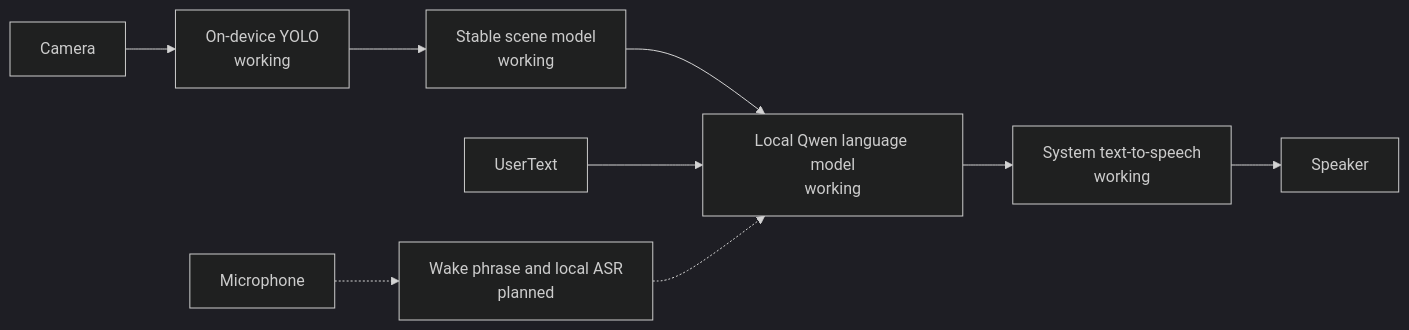
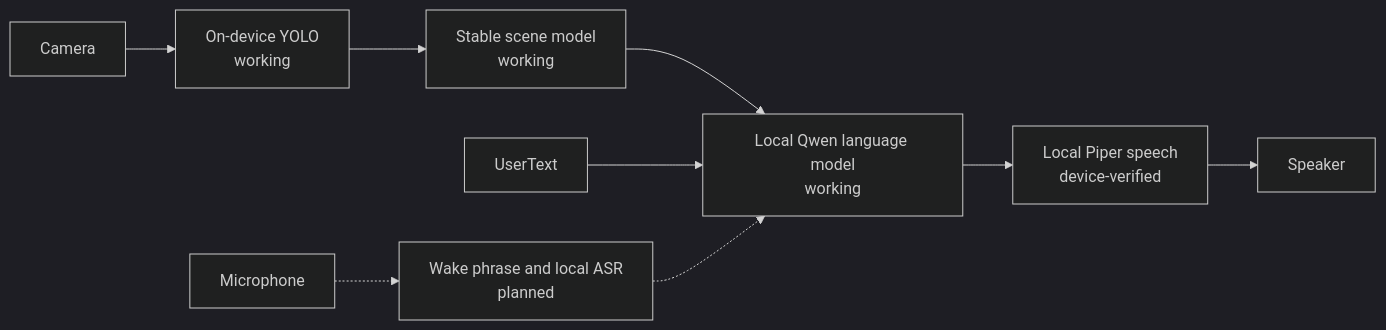
One commit to ChabanovX/pov-agent changed the diagram in README.md. Above: the diagram before and after it, drawn with Mermaid (dark theme). The commit also changed other lines of this file and 3 other files, not shown here.

Commit message:
docs(assistant): document local Piper milestone

````diff
--- a/README.md
+++ b/README.md
@@ -62,11 +74,11 @@
 ```mermaid
 flowchart LR
     Camera --> YOLO["On-device YOLO<br/>working"]
     YOLO --> Scene["Stable scene model<br/>working"]
     Microphone -.-> ASR["Wake phrase and local ASR<br/>planned"]
     Scene --> LLM["Automatic scene prompt<br/>working"]
     UserText --> LLM["Local Qwen language model<br/>working"]
     ASR -.-> LLM
-    LLM --> TTS["System text-to-speech<br/>working"]
+    LLM --> TTS["Local Piper speech<br/>device-verified"]
     TTS --> Speaker
 ```
````
